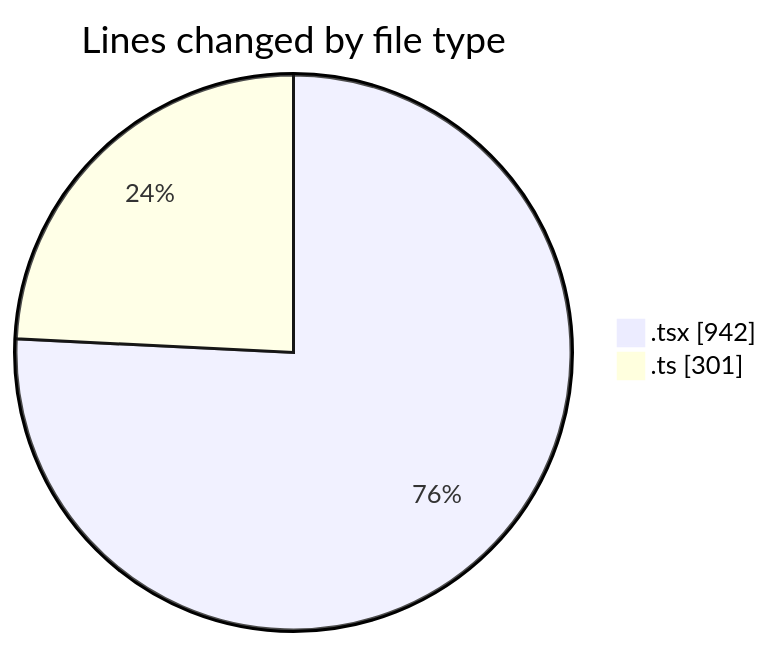
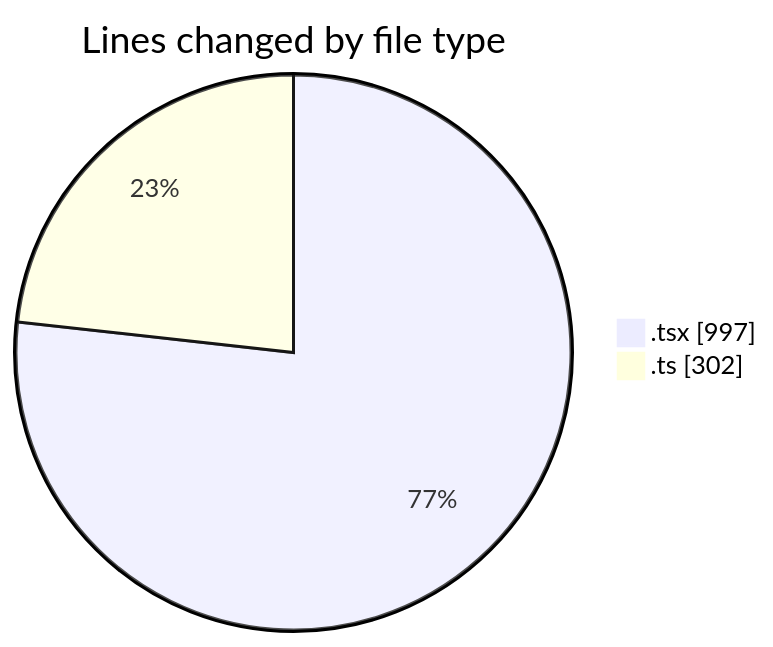
One commit to nxtqubesakshisongat/code-tracking changed the first of 2 diagrams in 2026-04-19/airfeed-analytics-dashboard/README.md. Above: the diagram before and after it, drawn with Mermaid. The commit also changed other lines of this file and 1 other file, not shown here.

````diff
--- a/2026-04-19/airfeed-analytics-dashboard/README.md
+++ b/2026-04-19/airfeed-analytics-dashboard/README.md
@@ -27,6 +27,6 @@
 ```mermaid
 pie showData
 title Lines changed by file type
-".tsx" : 942
-".ts" : 301
+".tsx" : 997
+".ts" : 302
 ```
````
